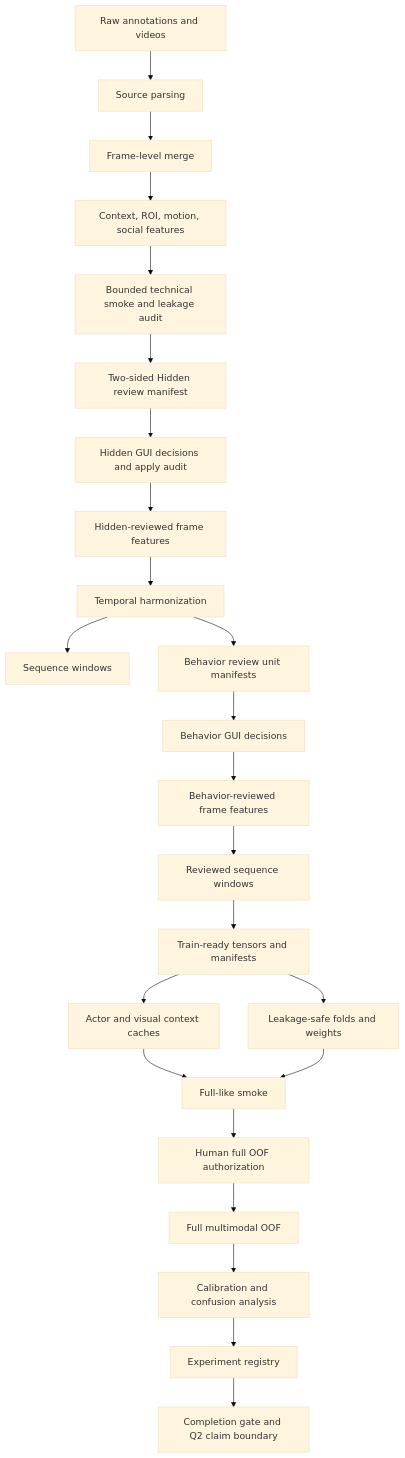
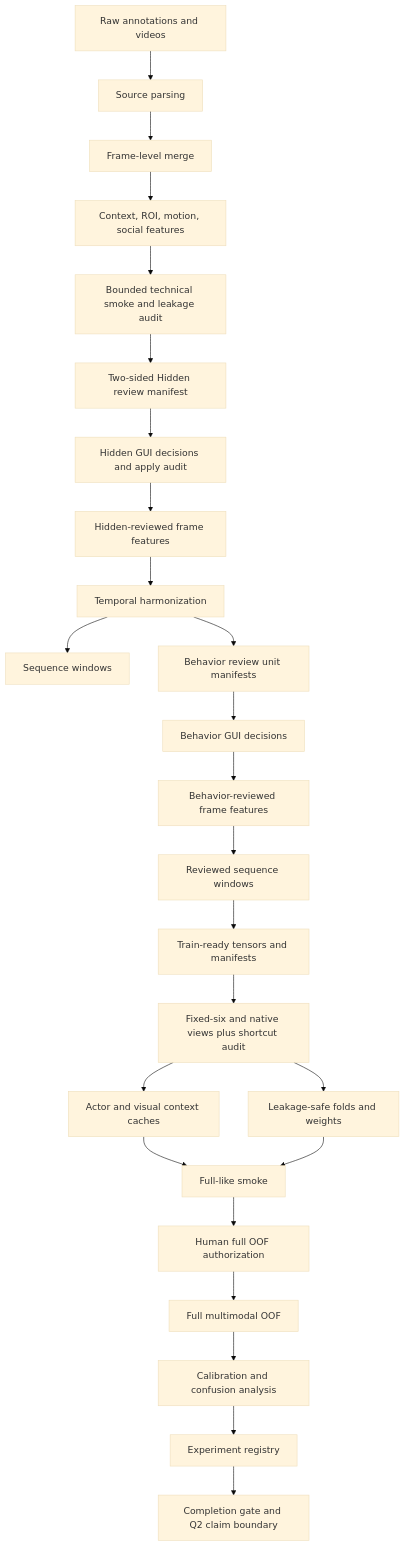
The diagram in docs/classification_v2_q2_multimodal_workflow.md (tuanhmhe186947/q7m4x9v2k8n5r3t6p1), drawn with Mermaid (base theme) before and after one commit. The commit also changed other lines of this file and 8 other files, not shown here.

````diff
--- a/docs/classification_v2_q2_multimodal_workflow.md
+++ b/docs/classification_v2_q2_multimodal_workflow.md
@@ -47,26 +49,27 @@
 ```mermaid
 flowchart TD
   A[Raw annotations and videos] --> B[Source parsing]
   B --> C[Frame-level merge]
   C --> D[Context, ROI, motion, social features]
   D --> TS[Bounded technical smoke and leakage audit]
   TS --> E[Two-sided Hidden review manifest]
   E --> F[Hidden GUI decisions and apply audit]
   F --> G[Hidden-reviewed frame features]
   G --> H[Temporal harmonization]
   H --> I[Sequence windows]
   H --> J[Behavior review unit manifests]
   J --> K[Behavior GUI decisions]
   K --> L[Behavior-reviewed frame features]
   L --> M[Reviewed sequence windows]
   M --> N[Train-ready tensors and manifests]
-  N --> O[Actor and visual context caches]
-  N --> P[Leakage-safe folds and weights]
+  N --> TV[Fixed-six and native views plus shortcut audit]
+  TV --> O[Actor and visual context caches]
+  TV --> P[Leakage-safe folds and weights]
   O --> Q[Full-like smoke]
   P --> Q
   Q --> R[Human full OOF authorization]
   R --> S[Full multimodal OOF]
   S --> T[Calibration and confusion analysis]
   T --> U[Experiment registry]
   U --> V[Completion gate and Q2 claim boundary]
 ```
````
